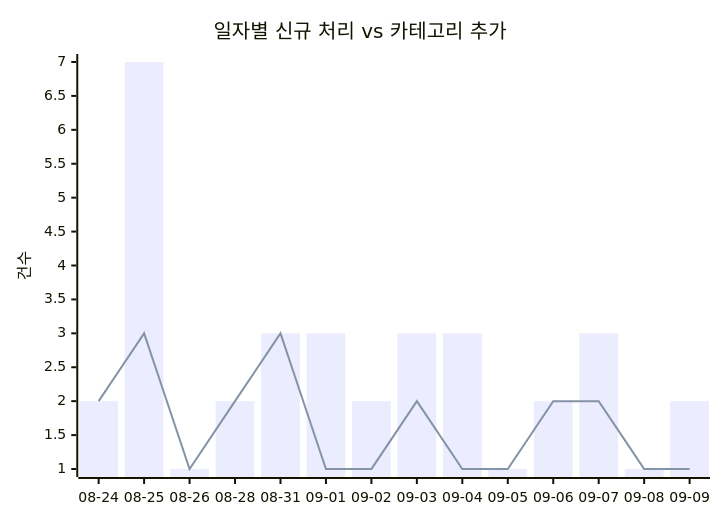
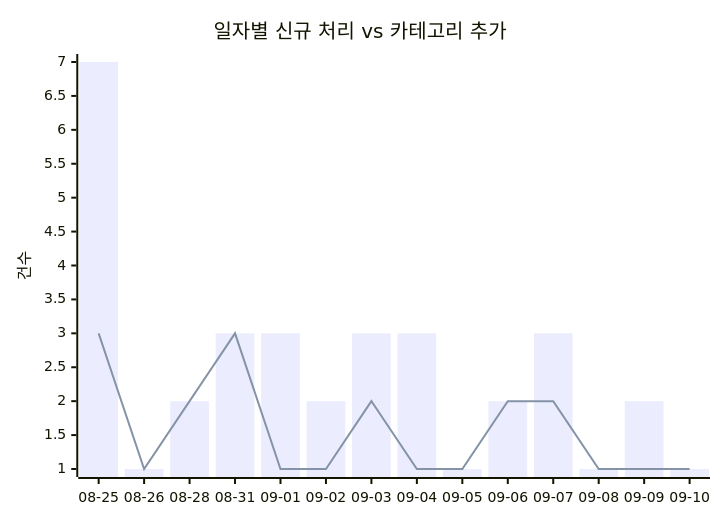
One commit to J-nowcow/awesome-korean-agent-skills changed the first of 2 diagrams in docs/trends.md. Above: the diagram before and after it, drawn with Mermaid. The commit also changed other lines of this file and 4 other files, not shown here.

````diff
--- a/docs/trends.md
+++ b/docs/trends.md
@@ -32,8 +32,8 @@
 ```mermaid
 xychart-beta
     title "일자별 신규 처리 vs 카테고리 추가"
-    x-axis ["08-24","08-25","08-26","08-28","08-31","09-01","09-02","09-03","09-04","09-05","09-06","09-07","09-08","09-09"]
+    x-axis ["08-25","08-26","08-28","08-31","09-01","09-02","09-03","09-04","09-05","09-06","09-07","09-08","09-09","09-10"]
     y-axis "건수"
-    bar [2,7,1,2,3,3,2,3,3,1,2,3,1,2]
-    line [2,3,1,2,3,1,1,2,1,1,2,2,1,1]
+    bar [7,1,2,3,3,2,3,3,1,2,3,1,2,1]
+    line [3,1,2,3,1,1,2,1,1,2,2,1,1,1]
 ```
````
